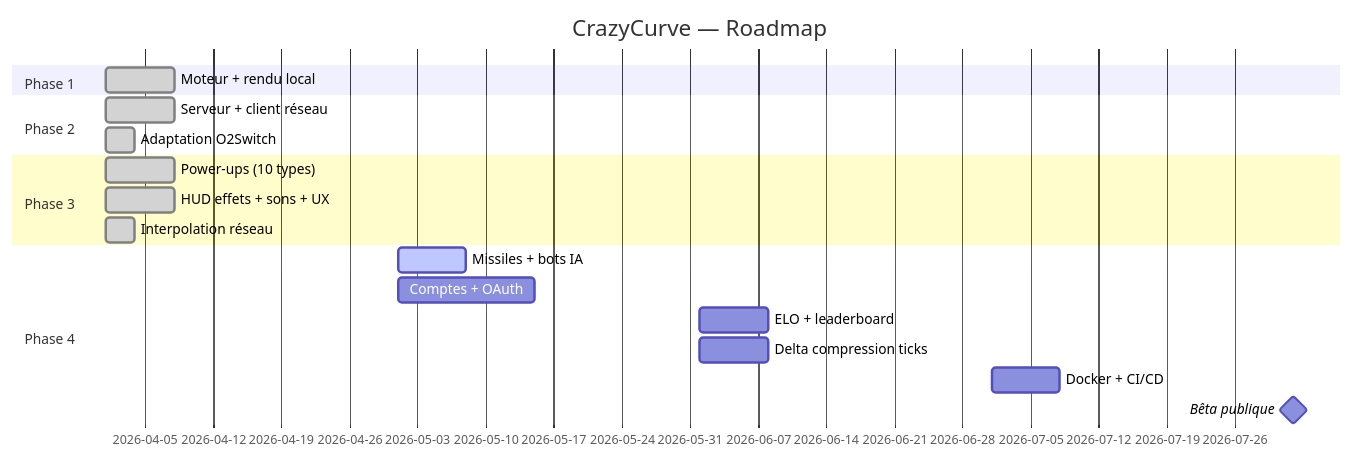
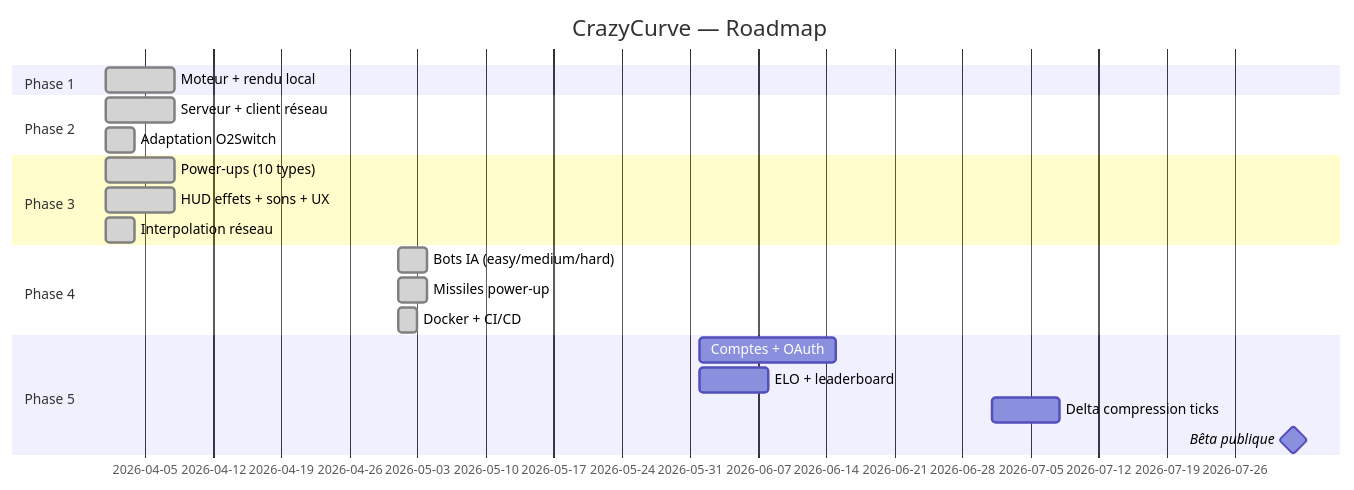
Before and after one commit to artkabis/crazycurve: the fourth of 4 diagrams in README.md, drawn with Mermaid. The commit also changed other lines of this file, not shown here.

Commit message:
docs: update README to Phase 4 — bots, missiles, Docker, CI/CD

````diff
--- a/README.md
+++ b/README.md
@@ -443,21 +549,23 @@
 ```mermaid
 gantt
     title CrazyCurve — Roadmap
     dateFormat  YYYY-MM
     section Phase 1
     Moteur + rendu local          :done, 2026-04, 1w
     section Phase 2
     Serveur + client réseau       :done, 2026-04, 1w
     Adaptation O2Switch           :done, 2026-04, 3d
     section Phase 3
     Power-ups (10 types)          :done, 2026-04, 1w
     HUD effets + sons + UX        :done, 2026-04, 1w
     Interpolation réseau          :done, 2026-04, 3d
     section Phase 4
-    Missiles + bots IA            :active, 2026-05, 1w
-    Comptes + OAuth               :2026-05, 2w
+    Bots IA (easy/medium/hard)    :done, 2026-05, 3d
+    Missiles power-up             :done, 2026-05, 3d
+    Docker + CI/CD                :done, 2026-05, 2d
+    section Phase 5
+    Comptes + OAuth               :2026-06, 2w
     ELO + leaderboard             :2026-06, 1w
-    Delta compression ticks       :2026-06, 1w
-    Docker + CI/CD                :2026-07, 1w
+    Delta compression ticks       :2026-07, 1w
     Bêta publique                 :milestone, 2026-08, 0d
 ```
````
